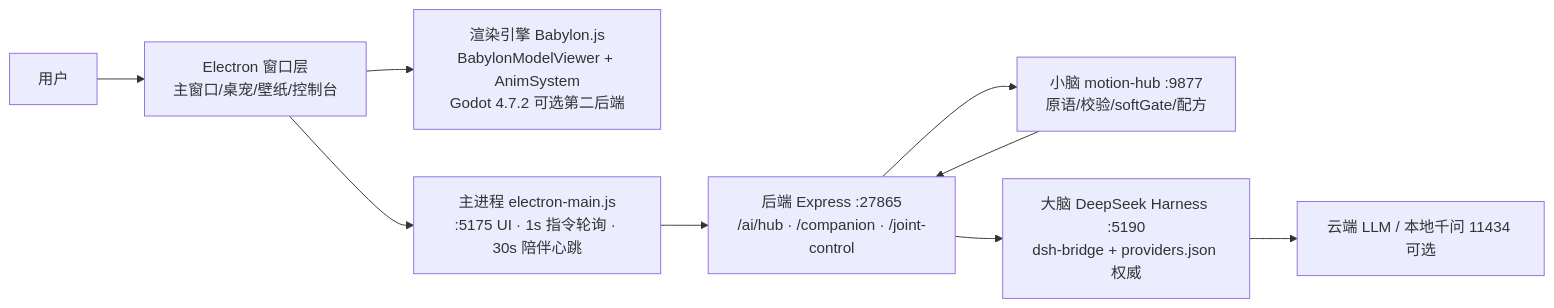
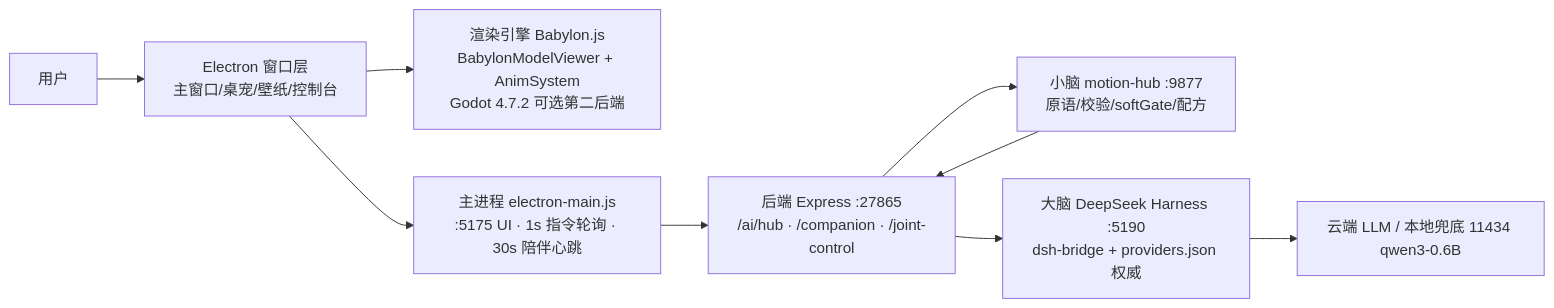
The diagram in docs/ARCHITECTURE_zh.md (MasterSaber718/ruanruan-desktop-pet), drawn with Mermaid before and after one commit. The commit also changed other lines of this file and 5 other files, not shown here.

````diff
--- a/docs/ARCHITECTURE_zh.md
+++ b/docs/ARCHITECTURE_zh.md
@@ -10,11 +10,11 @@
 ```mermaid
 flowchart LR
   U[用户] --> W[Electron 窗口层<br/>主窗口/桌宠/壁纸/控制台]
   W --> R[渲染引擎 Babylon.js<br/>BabylonModelViewer + AnimSystem<br/>Godot 4.7.2 可选第二后端]
   W --> M[主进程 electron-main.js<br/>:5175 UI · 1s 指令轮询 · 30s 陪伴心跳]
   M --> B[后端 Express :27865<br/>/ai/hub · /companion · /joint-control]
   B --> H[小脑 motion-hub :9877<br/>原语/校验/softGate/配方]
   B --> D[大脑 DeepSeek Harness :5190<br/>dsh-bridge + providers.json 权威]
-  D --> C[云端 LLM / 本地千问 11434 可选]
+  D --> C[云端 LLM / 本地兜底 11434 qwen3-0.6B]
   H --> B
 ```
````
